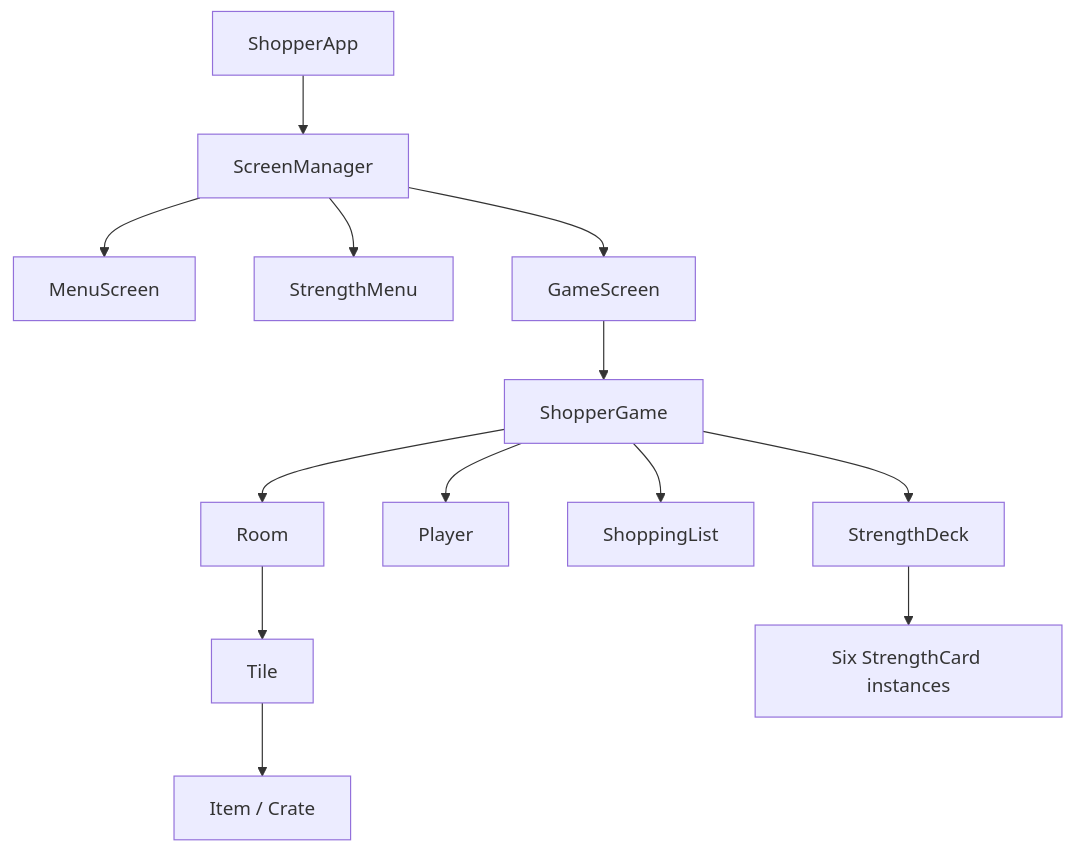
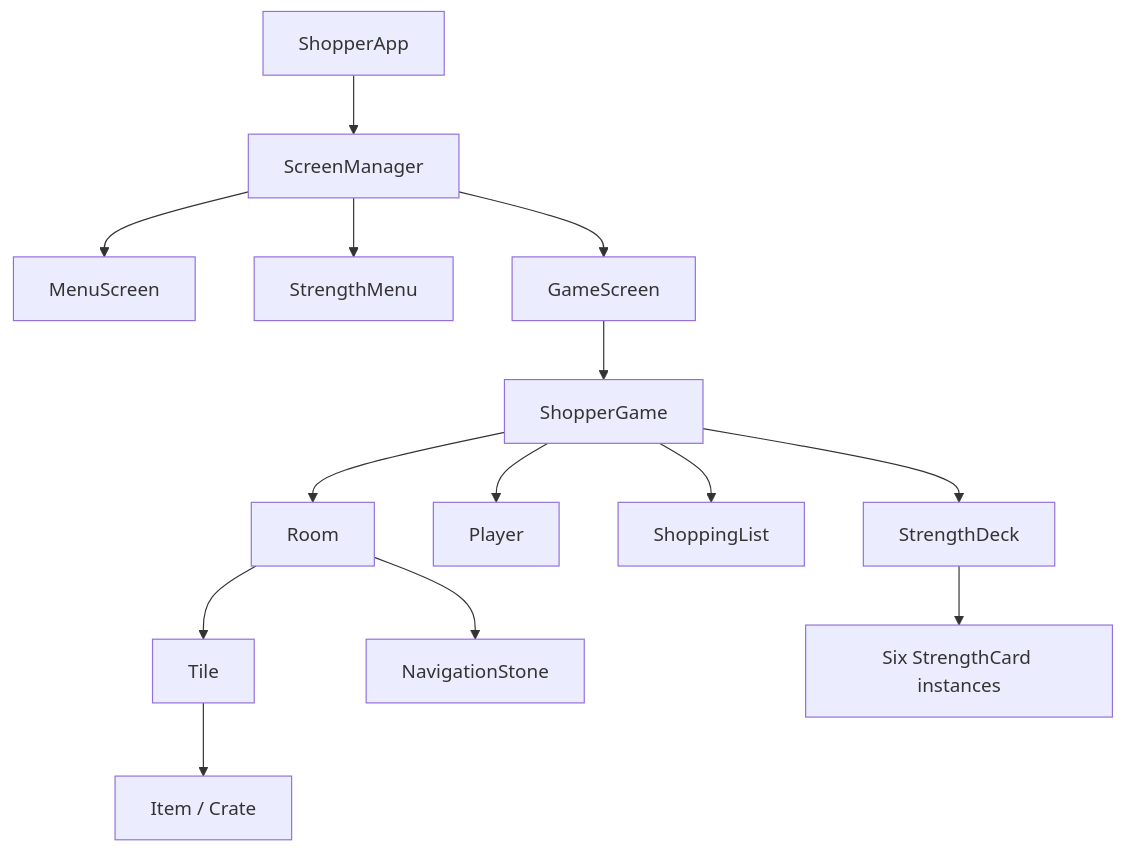
Before and after one commit to Llaugo/ShoppailevaSaukko: the diagram in docs/ARCHITECTURE.md, drawn with Mermaid. The commit also changed other lines of this file and 21 other files, not shown here.

````diff
--- a/docs/ARCHITECTURE.md
+++ b/docs/ARCHITECTURE.md
@@ -9,15 +9,16 @@
 ```mermaid
 flowchart TD
     A["ShopperApp"] --> B["ScreenManager"]
     B --> C["MenuScreen"]
     B --> D["StrengthMenu"]
     B --> E["GameScreen"]
     E --> F["ShopperGame"]
     F --> G["Room"]
     G --> H["Tile"]
     H --> I["Item / Crate"]
+    G --> N["NavigationStone"]
     F --> J["Player"]
     F --> K["ShoppingList"]
     F --> L["StrengthDeck"]
     L --> M["Six StrengthCard instances"]
 ```
````
